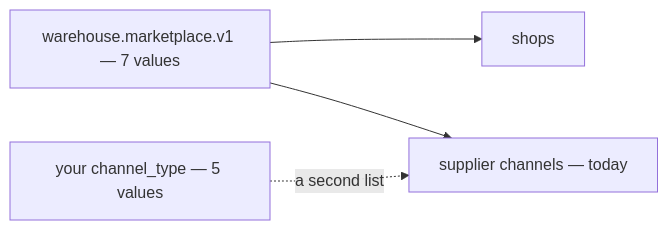
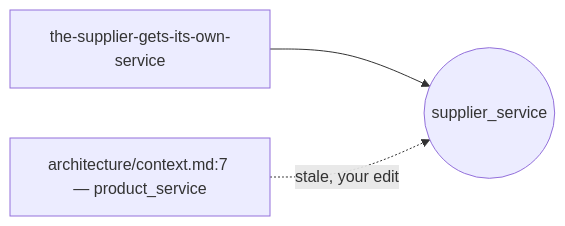
Before and after one commit to pdcgo/warehouse_revamp: the fourth of 4 diagrams in docs/business/supplier/context_clarify.md, drawn with Mermaid. The commit also changed other lines of this file and 6 other files, not shown here.

First line of the commit message:
supplier: Q6, Q7, Q8 answered - own supplier_service, the shared marketplace list, hard delete

````diff
--- a/docs/business/supplier/context_clarify.md
+++ b/docs/business/supplier/context_clarify.md
@@ -234,6 +169,5 @@
 ```mermaid
 flowchart LR
-  E["warehouse.marketplace.v1 — 7 values"] --> SH["shops"]
-  E --> SU["supplier channels — today"]
-  N["your channel_type — 5 values"] -.->|"a second list"| SU
+  D["the-supplier-gets-its-own-service"] --> S(("supplier_service"))
+  A["architecture/context.md:7 — product_service"] -.->|"stale, your edit"| S
 ```
````
